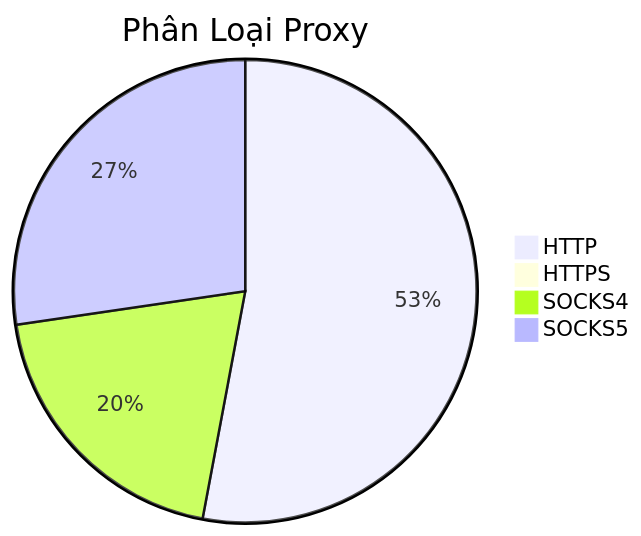
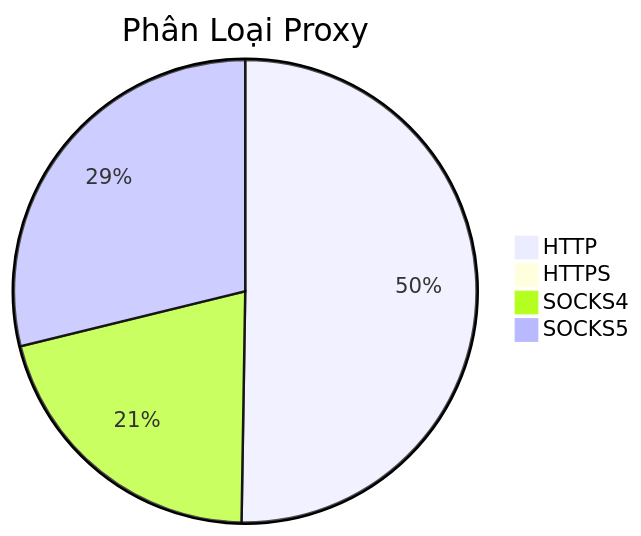
The diagram in README.md (Ciara-12/PROXY-free), drawn with Mermaid before and after one commit. The commit also changed other lines of this file and 4 other files, not shown here.

````diff
--- a/README.md
+++ b/README.md
@@ -26,7 +26,7 @@
 ```mermaid
 pie title Phân Loại Proxy
-    "HTTP" : 628
-    "HTTPS" : 1
-    "SOCKS4" : 234
-    "SOCKS5" : 324
+    "HTTP" : 591
+    "HTTPS" : 0
+    "SOCKS4" : 246
+    "SOCKS5" : 339
 ```
````
